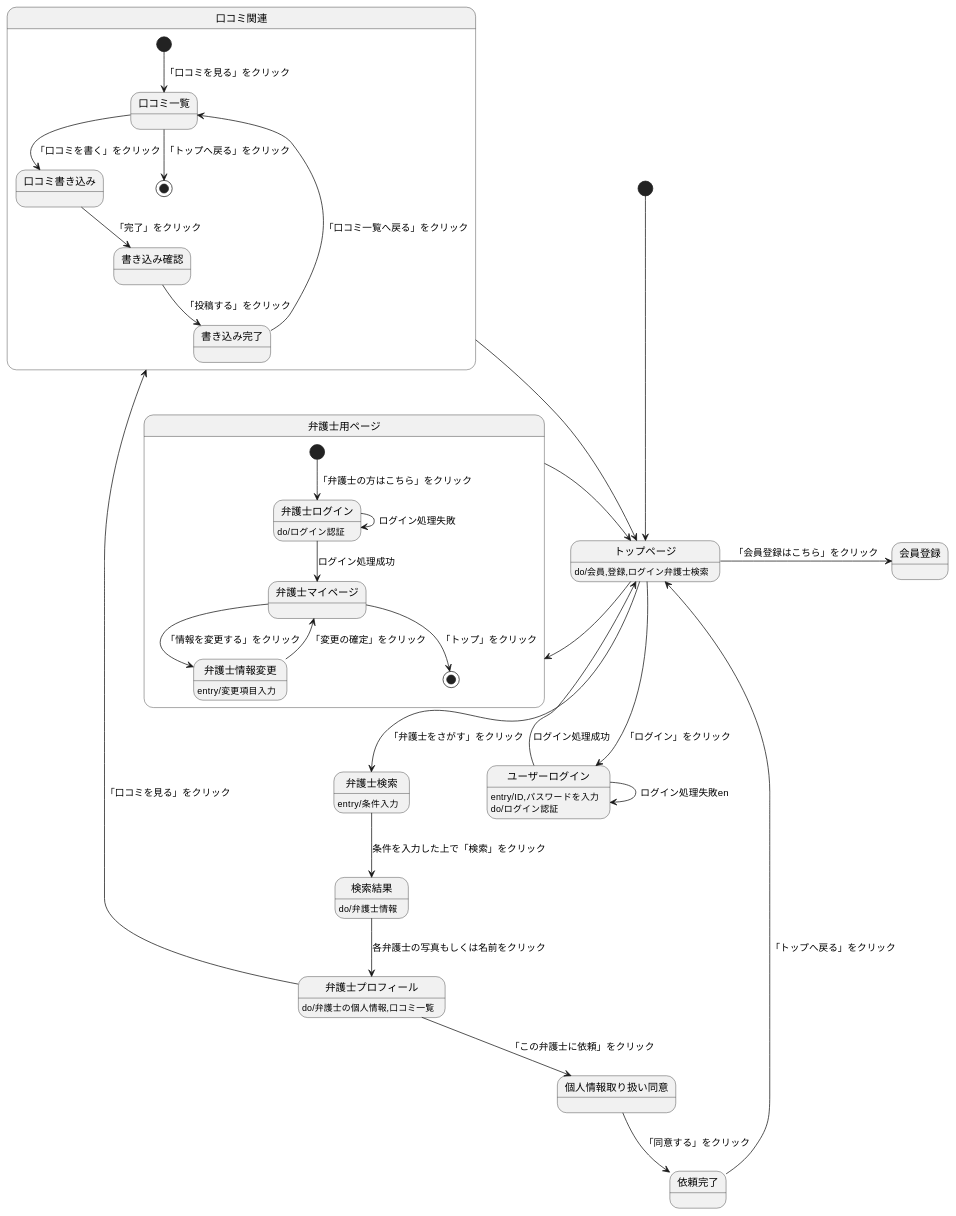
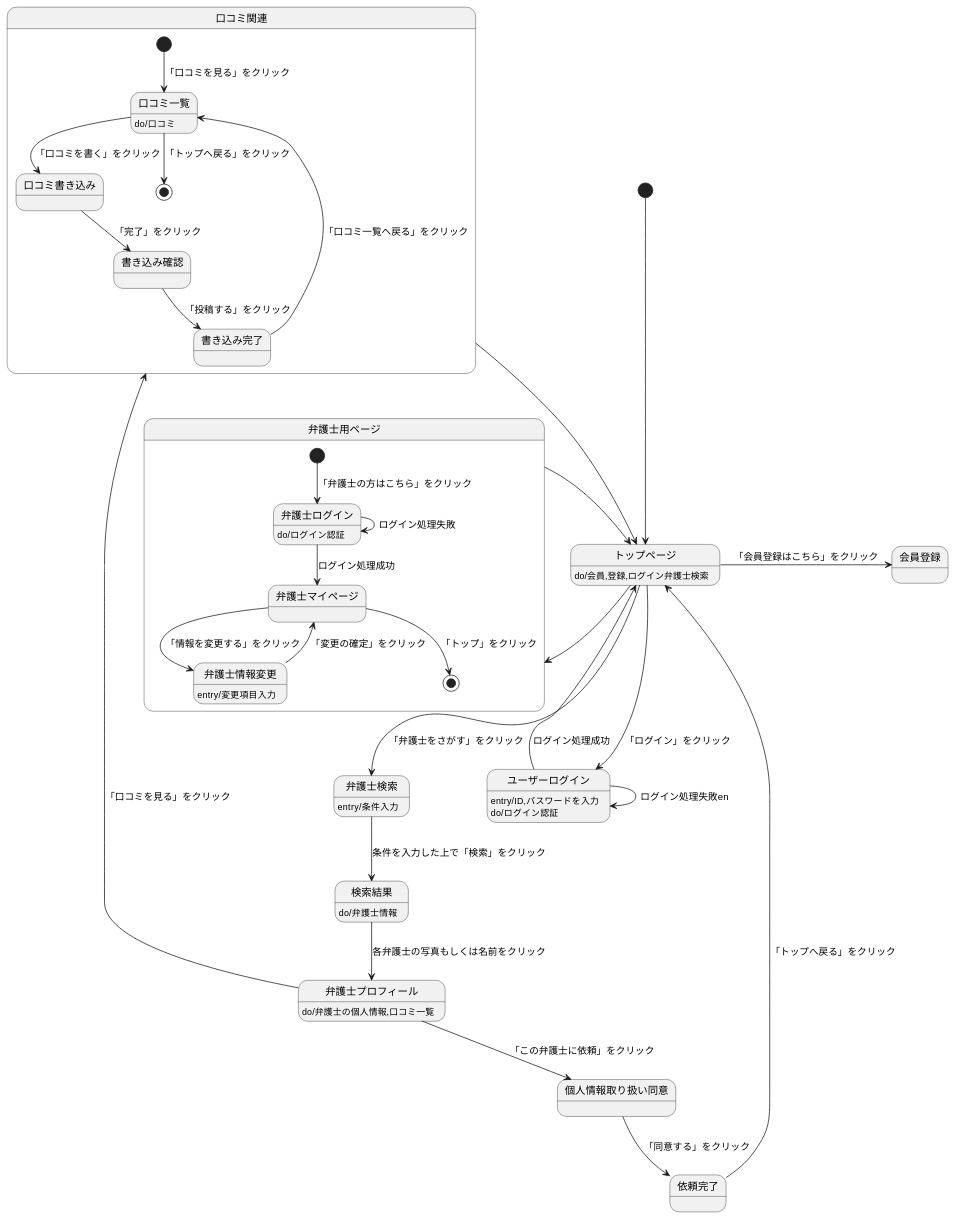
Before and after one commit to Aso2001374/2021sys-design: the diagram in 0524kadai.md, drawn with PlantUML.

````diff
--- a/0524kadai.md
+++ b/0524kadai.md
@@ -1,52 +1,54 @@
 ```uml
 @startuml
 [*] --> トップページ
 トップページ -> 会員登録:「会員登録はこちら」をクリック
 トップページ --> ユーザーログイン:「ログイン」をクリック
 トップページ:do/会員,登録,ログイン弁護士検索
 
 ユーザーログイン--> トップページ: ログイン処理成功
 ユーザーログイン--> ユーザーログイン: ログイン処理失敗en
 ユーザーログイン:entry/ID,パスワードを入力
 ユーザーログイン:do/ログイン認証
 
 トップページ -left-> 弁護士用ページ
 state 弁護士用ページ{
 [*] --> 弁護士ログイン:「弁護士の方はこちら」をクリック
 弁護士ログイン--> 弁護士ログイン: ログイン処理失敗
 弁護士ログイン--> 弁護士マイページ: ログイン処理成功
 弁護士ログイン:do/ログイン認証
 
 弁護士マイページ--> 弁護士情報変更: 「情報を変更する」をクリック
 弁護士情報変更--> 弁護士マイページ: 「変更の確定」をクリック
 弁護士情報変更:entry/変更項目入力
 弁護士マイページ--> [*]: 「トップ」をクリック
 }
 弁護士用ページ -right-> トップページ
 
 トップページ --> 弁護士検索:「弁護士をさがす」をクリック
 弁護士検索 --> 検索結果: 条件を入力した上で「検索」をクリック
 弁護士検索:entry/条件入力
 
 検索結果 -down-> 弁護士プロフィール: 各弁護士の写真もしくは名前をクリック
 検索結果:do/弁護士情報
 
 弁護士プロフィール -left-> 口コミ関連:「口コミを見る」をクリック
 弁護士プロフィール --> 個人情報取り扱い同意:「この弁護士に依頼」をクリック
 弁護士プロフィール:do/弁護士の個人情報,口コミ一覧
 
 個人情報取り扱い同意-->依頼完了:「同意する」をクリック
 依頼完了-->トップページ:「トップへ戻る」をクリック
 
 state 口コミ関連{
 [*] --> 口コミ一覧 : 「口コミを見る」をクリック
 口コミ一覧 --> 口コミ書き込み:「口コミを書く」をクリック
+口コミ一覧:do/口コミ
+
 口コミ書き込み --> 書き込み確認:「完了」をクリック
 書き込み確認 --> 書き込み完了:「投稿する」をクリック
 書き込み完了 --> 口コミ一覧:「口コミ一覧へ戻る」をクリック
 口コミ一覧 --> [*]:「トップへ戻る」をクリック
 }
 口コミ関連 --> トップページ
 
 @enduml
 ```
````
